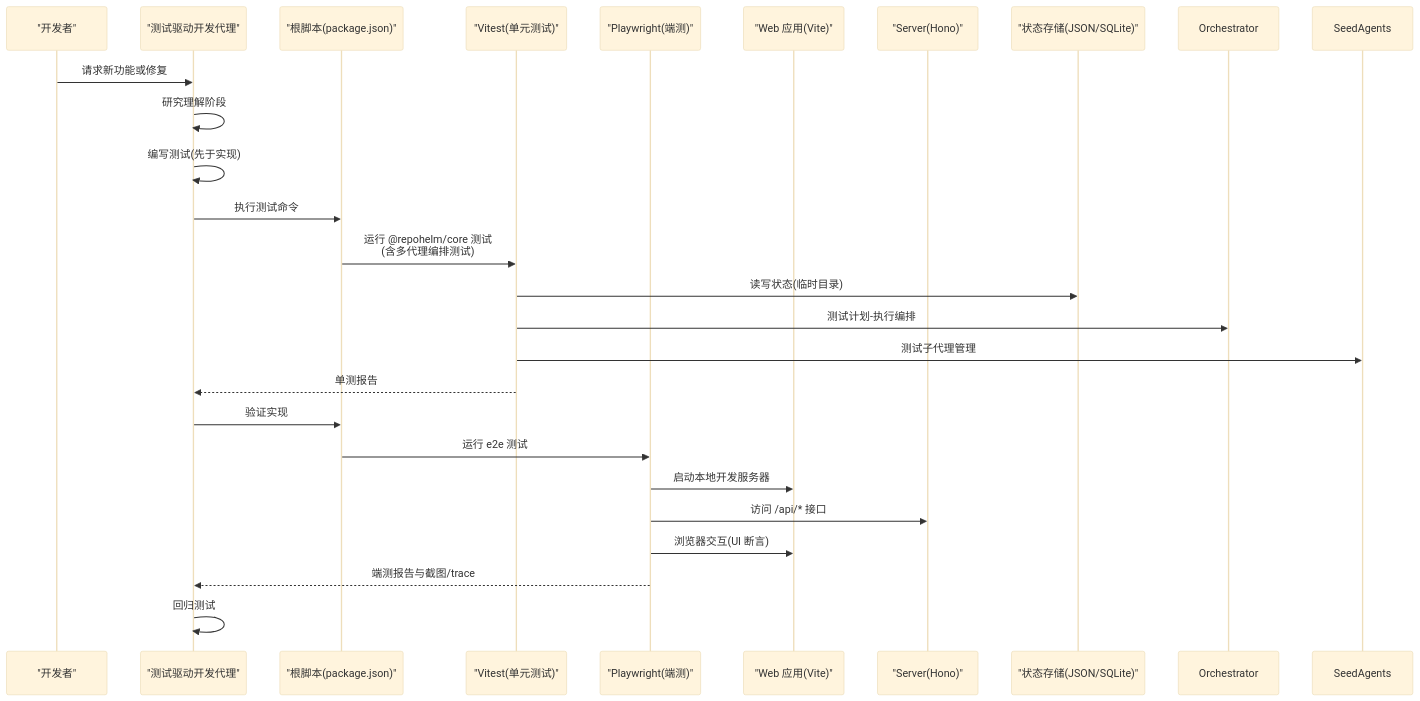
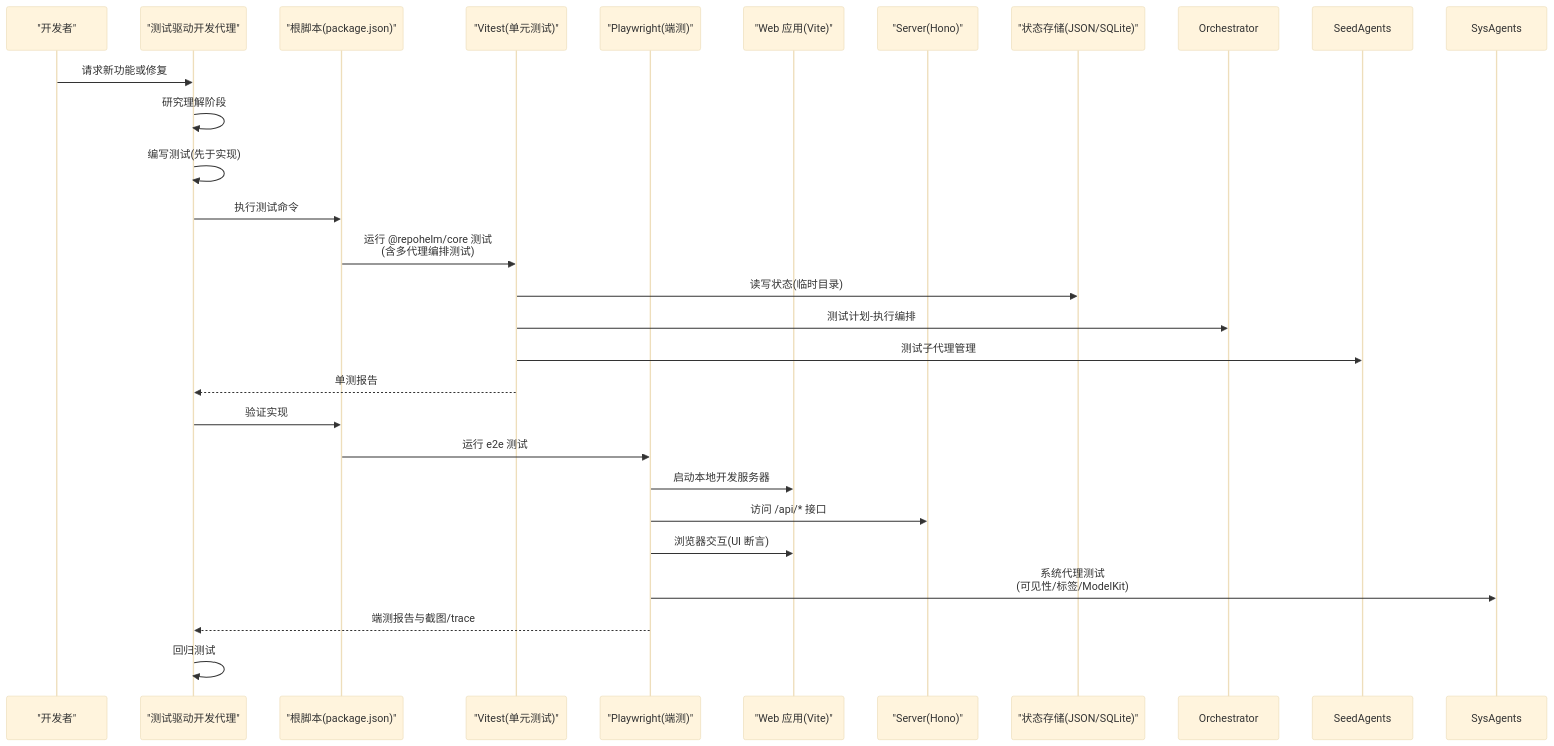
One commit to coconilu/RepoHelm changed the second of 11 diagrams in .qoder/repowiki/zh/content/测试策略/测试策略.md. Above: the diagram before and after it, drawn with Mermaid (base theme). The commit also changed other lines of this file and 12 other files, not shown here.

````diff
--- a/.qoder/repowiki/zh/content/测试策略/测试策略.md
+++ b/.qoder/repowiki/zh/content/测试策略/测试策略.md
@@ -134,27 +143,28 @@
 ```mermaid
 sequenceDiagram
 participant Dev as "开发者"
 participant TestAgent as "测试驱动开发代理"
 participant Root as "根脚本(package.json)"
 participant Vitest as "Vitest(单元测试)"
 participant PW as "Playwright(端测)"
 participant Web as "Web 应用(Vite)"
 participant Srv as "Server(Hono)"
 participant Store as "状态存储(JSON/SQLite)"
 Dev->>TestAgent : 请求新功能或修复
 TestAgent->>TestAgent : 研究理解阶段
 TestAgent->>TestAgent : 编写测试(先于实现)
 TestAgent->>Root : 执行测试命令
 Root->>Vitest : 运行 @repohelm/core 测试<br/>(含多代理编排测试)
 Vitest->>Store : 读写状态(临时目录)
 Vitest->>Orchestrator : 测试计划-执行编排
 Vitest->>SeedAgents : 测试子代理管理
 Vitest-->>TestAgent : 单测报告
 TestAgent->>Root : 验证实现
 Root->>PW : 运行 e2e 测试
 PW->>Web : 启动本地开发服务器
 PW->>Srv : 访问 /api/* 接口
 PW->>Web : 浏览器交互(UI 断言)
+PW->>SysAgents : 系统代理测试<br/>(可见性/标签/ModelKit)
 PW-->>TestAgent : 端测报告与截图/trace
 TestAgent->>TestAgent : 回归测试
 ```
````
